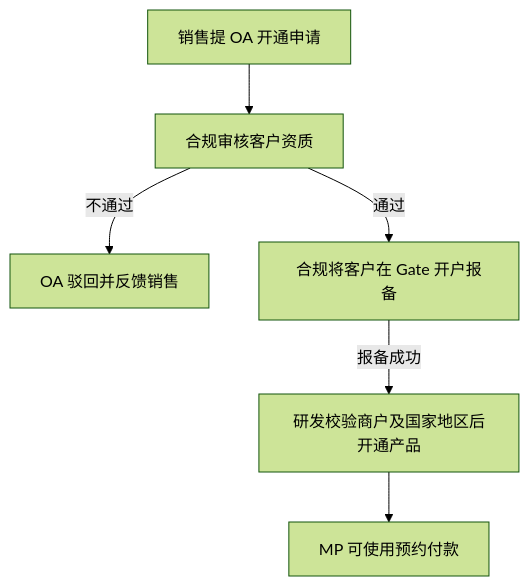
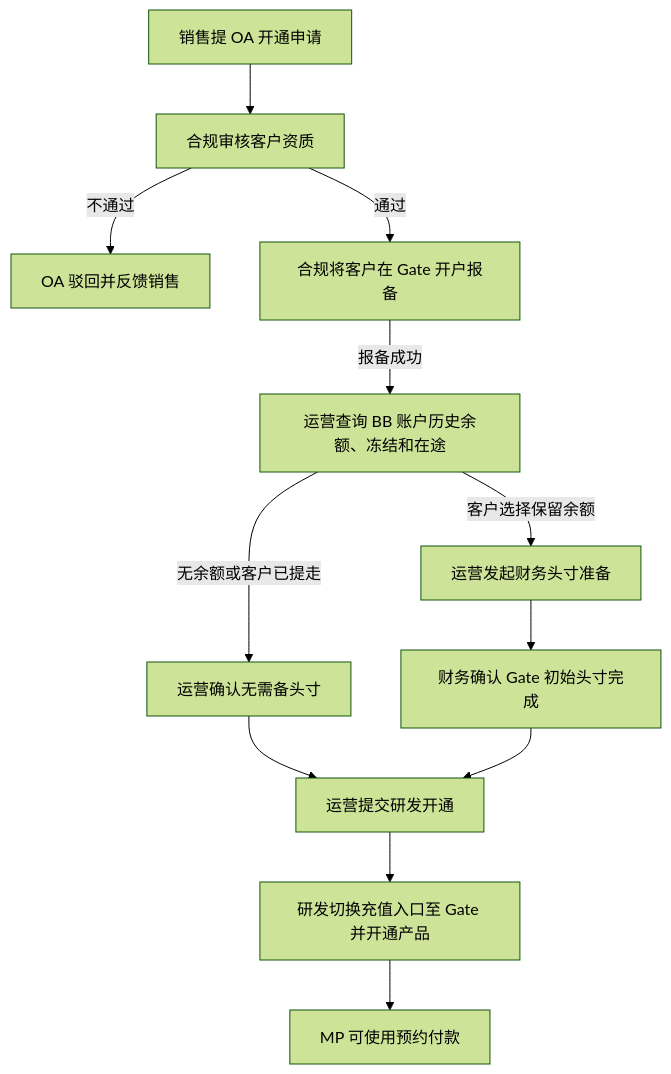
One commit to xiaoxiaoangie/EX-NEW changed the first of 4 diagrams in Newofframp/预约付款-V1-BB单客户版PRD.md. Above: the diagram before and after it, drawn with Mermaid (forest theme). The commit also changed other lines of this file and 12 other files, not shown here.

````diff
--- a/Newofframp/预约付款-V1-BB单客户版PRD.md
+++ b/Newofframp/预约付款-V1-BB单客户版PRD.md
@@ -74,8 +95,14 @@
 ```mermaid
 flowchart TD
   A["销售提 OA 开通申请"] --> B["合规审核客户资质"]
   B -- "不通过" --> C["OA 驳回并反馈销售"]
   B -- "通过" --> D["合规将客户在 Gate 开户报备"]
-  D -- "报备成功" --> E["研发校验商户及国家地区后开通产品"]
-  E --> F["MP 可使用预约付款"]
+  D -- "报备成功" --> E["运营查询 BB 账户历史余额、冻结和在途"]
+  E -- "无余额或客户已提走" --> F["运营确认无需备头寸"]
+  E -- "客户选择保留余额" --> G["运营发起财务头寸准备"]
+  G --> H["财务确认 Gate 初始头寸完成"]
+  F --> I["运营提交研发开通"]
+  H --> I
+  I --> J["研发切换充值入口至 Gate 并开通产品"]
+  J --> K["MP 可使用预约付款"]
 ```
````
